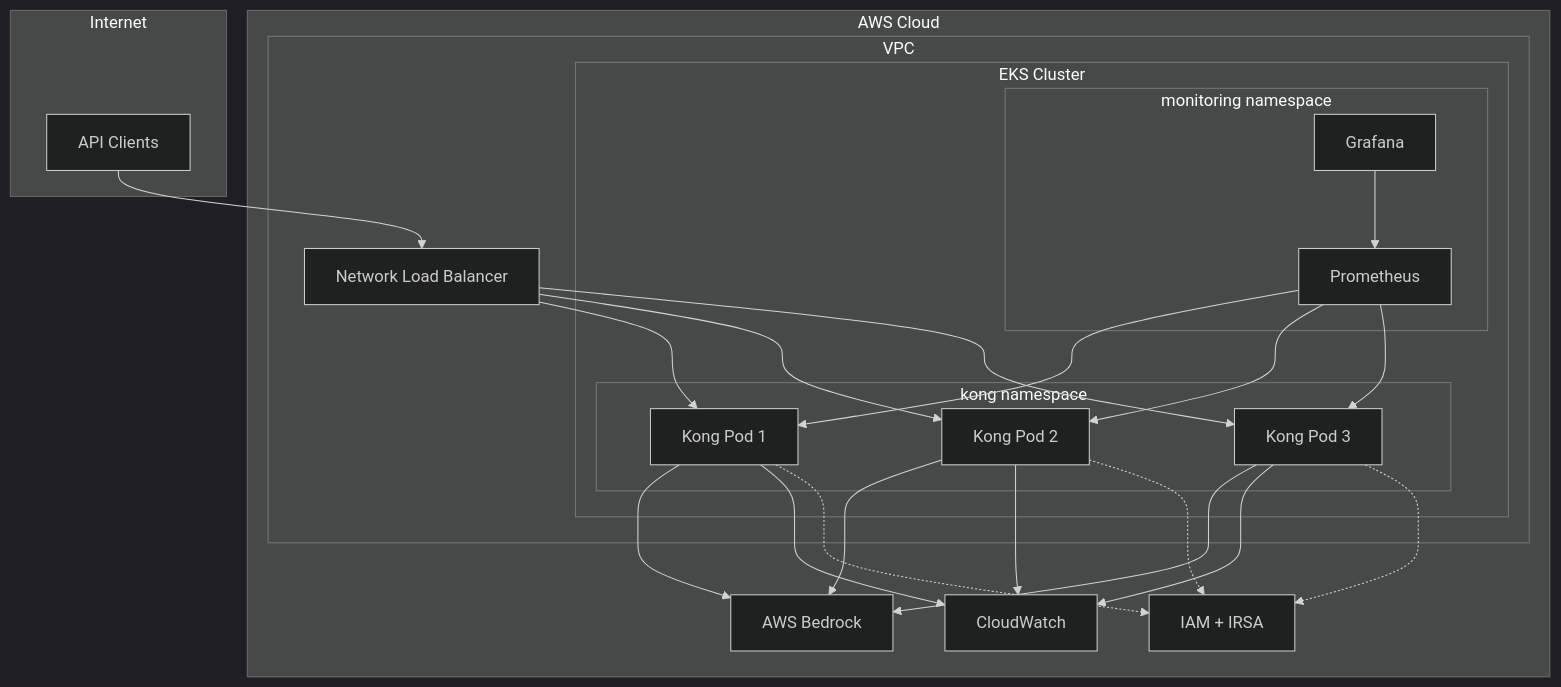
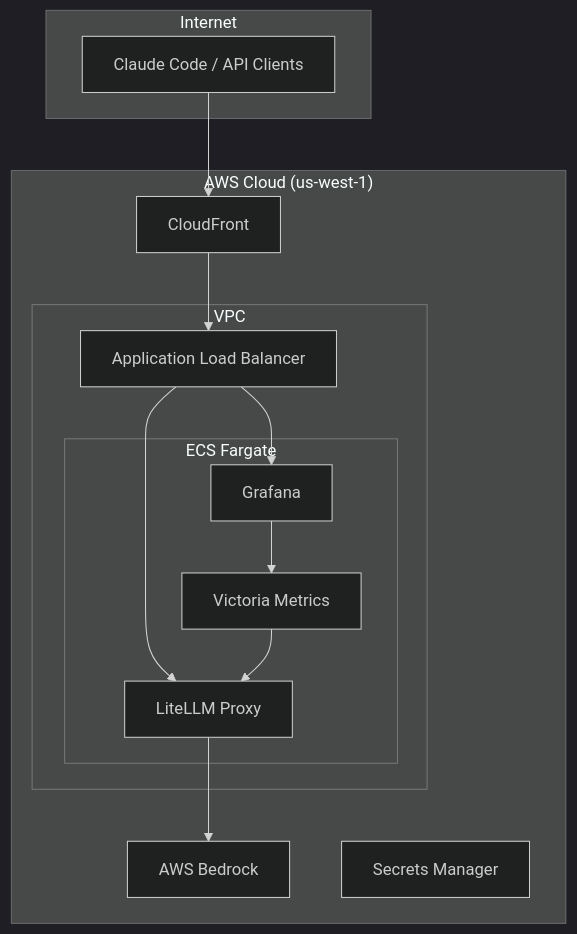
One commit to lorenzogirardi/gw_llm changed the second of 2 diagrams in README.md. Above: the diagram before and after it, drawn with Mermaid (dark theme). The commit also changed other lines of this file and 6 other files, not shown here.

First line of the commit message:
docs: update all documentation for LiteLLM architecture

````diff
--- a/README.md
+++ b/README.md
@@ -92,37 +74,31 @@
 ```mermaid
 flowchart TB
     subgraph Internet
-        clients[API Clients]
+        clients[Claude Code / API Clients]
     end
 
-    subgraph AWS["AWS Cloud"]
+    subgraph AWS["AWS Cloud (us-west-1)"]
+        cf[CloudFront]
+
         subgraph VPC["VPC"]
-            nlb[Network Load Balancer]
+            alb[Application Load Balancer]
 
-            subgraph EKS["EKS Cluster"]
-                subgraph kong_ns["kong namespace"]
-                    kong1[Kong Pod 1]
-                    kong2[Kong Pod 2]
-                    kong3[Kong Pod 3]
-                end
-
-                subgraph monitoring["monitoring namespace"]
-                    prometheus[Prometheus]
-                    grafana[Grafana]
-                end
+            subgraph ECS["ECS Fargate"]
+                litellm[LiteLLM Proxy]
+                grafana[Grafana]
+                victoria[Victoria Metrics]
             end
         end
 
         bedrock[AWS Bedrock]
-        cloudwatch[CloudWatch]
-        iam[IAM + IRSA]
+        secrets[Secrets Manager]
     end
 
-    clients --> nlb
-    nlb --> kong1 & kong2 & kong3
-    kong1 & kong2 & kong3 --> bedrock
-    kong1 & kong2 & kong3 --> cloudwatch
-    kong1 & kong2 & kong3 -.-> iam
-    prometheus --> kong1 & kong2 & kong3
-    grafana --> prometheus
+    clients --> cf
+    cf --> alb
+    alb --> litellm
+    alb --> grafana
+    litellm --> bedrock
+    victoria --> litellm
+    grafana --> victoria
 ```
````
